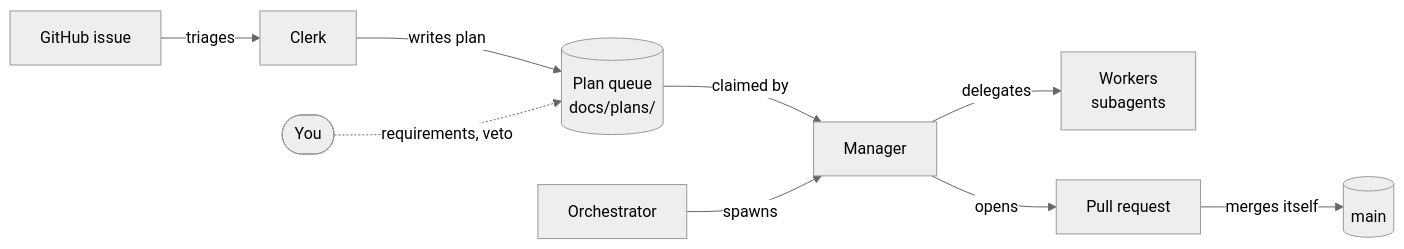
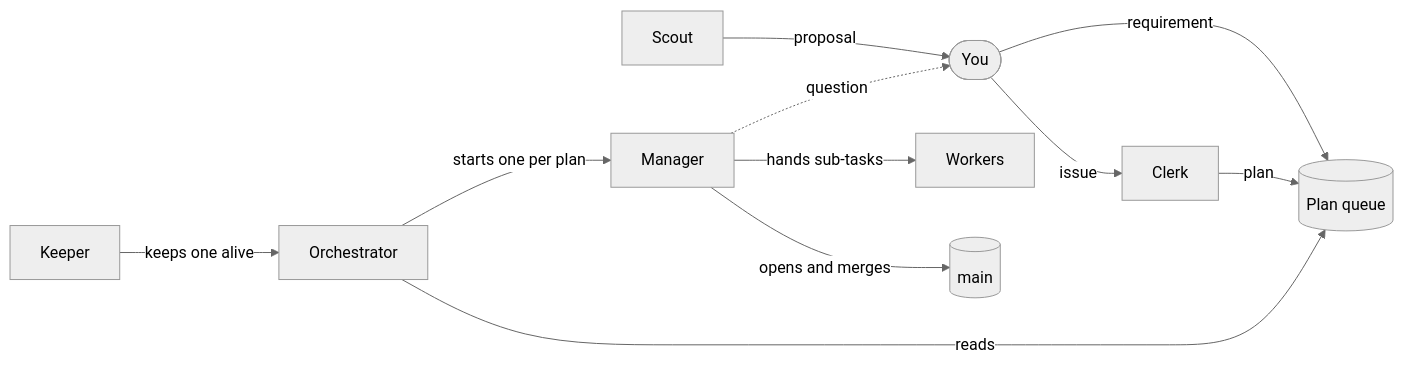
The first of 2 diagrams in README.md (chrsctl/joharness), drawn with Mermaid before and after one commit. The commit also changed other lines of this file and 1 other file, not shown here.

````diff
--- a/README.md
+++ b/README.md
@@ -54,15 +24,17 @@
 ```mermaid
 %%{init: {'theme': 'neutral'}}%%
 flowchart LR
-    accTitle: Work flow
-    accDescr: Issues become plans; the orchestrator spawns a manager per plan, which opens and merges a pull request.
+    accTitle: Who hands work to whom
+    accDescr: You write requirements and issues. The clerk turns issues into plans. The keeper keeps an orchestrator running; the orchestrator starts a manager per plan; each manager builds with workers and merges its own pull request.
 
-    issue[GitHub issue] -- triages --> clerk[Clerk]
-    clerk -- writes plan --> queue[("Plan queue<br/>docs/plans/")]
-    queue -- claimed by --> manager[Manager]
-    orch[Orchestrator] -- spawns --> manager
-    manager -- delegates --> workers[Workers<br/>subagents]
-    manager -- opens --> pr[Pull request]
-    pr -- merges itself --> main[(main)]
-    you([You]) -. requirements, veto .-> queue
+    you([You]) -- requirement --> queue[("Plan queue")]
+    you -- issue --> clerk[Clerk]
+    scout[Scout] -- proposal --> you
+    clerk -- plan --> queue
+    keeper[Keeper] -- keeps one alive --> orch[Orchestrator]
+    orch -- reads --> queue
+    orch -- starts one per plan --> manager[Manager]
+    manager -- hands sub-tasks --> workers[Workers]
+    manager -- opens and merges --> main[(main)]
+    manager -. question .-> you
 ```
````
